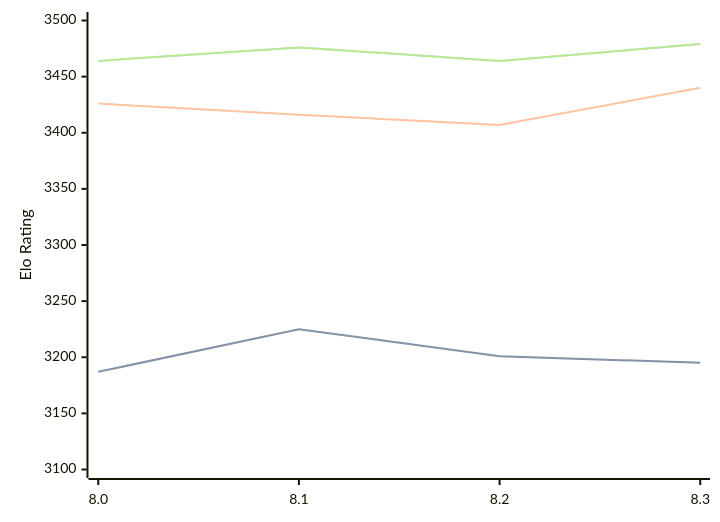
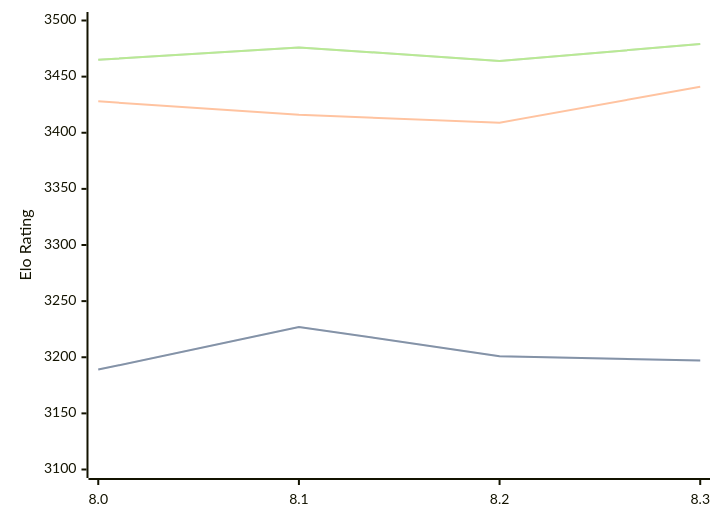
Before and after one commit to computer-chess-index/cci: the diagram in engines/Alexander.md, drawn with Mermaid. The commit also changed other lines of this file, not shown here.

Commit message:
Update CCI Ratings (ELO VLTC) - 2026-05-14

````diff
--- a/engines/Alexander.md
+++ b/engines/Alexander.md
@@ -48,11 +48,11 @@
 ```mermaid
 %%{init: {"theme":"base","themeVariables":{"seriesColors:['#a3a3a3','#222221','#faa371']}}}%%
 xychart-beta
   x-axis ["8.0", "8.1", "8.2", "8.3"]
   y-axis "Elo Rating" 3100 --> 3500
-  line "STC (8.0+0.08s)" [3187, 3225, 3201, 3195]
-  line "STC (8.0+0.08s)" [3187, 3225, 3201, 3195]
-  line "LTC (60.0+0.60s)" [3426, 3416, 3407, 3440]
-  line "VLTC (2m24s+1.12s)" [3464, 3476, 3464, 3479]
-  line "VLTC (2m24s+1.12s)" [3464, 3476, 3464, 3479]
+  line "STC (8.0+0.08s)" [3189, 3227, 3201, 3197]
+  line "STC (8.0+0.08s)" [3189, 3227, 3201, 3197]
+  line "LTC (60.0+0.60s)" [3428, 3416, 3409, 3441]
+  line "VLTC (2m24s+1.12s)" [3465, 3476, 3464, 3479]
+  line "VLTC (2m24s+1.12s)" [3465, 3476, 3464, 3479]
 ```
````
